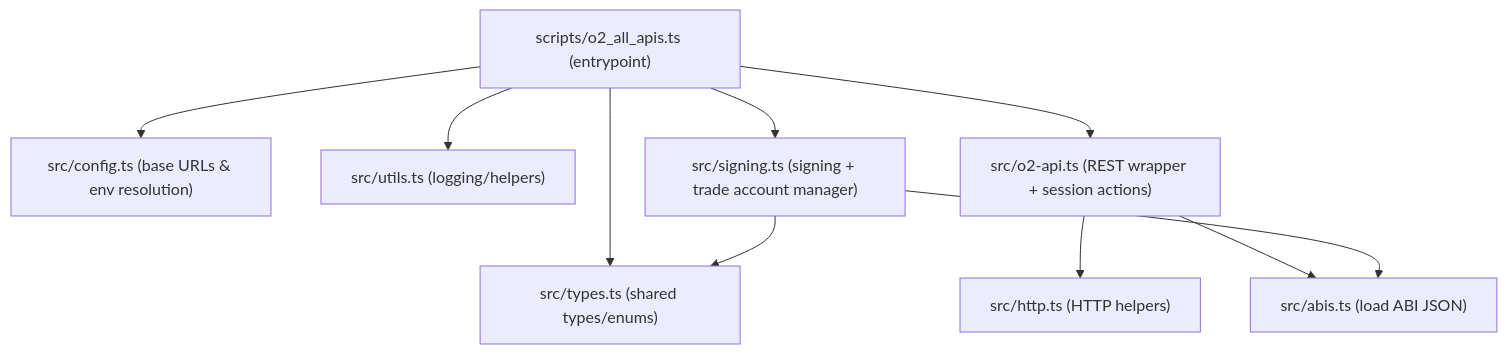
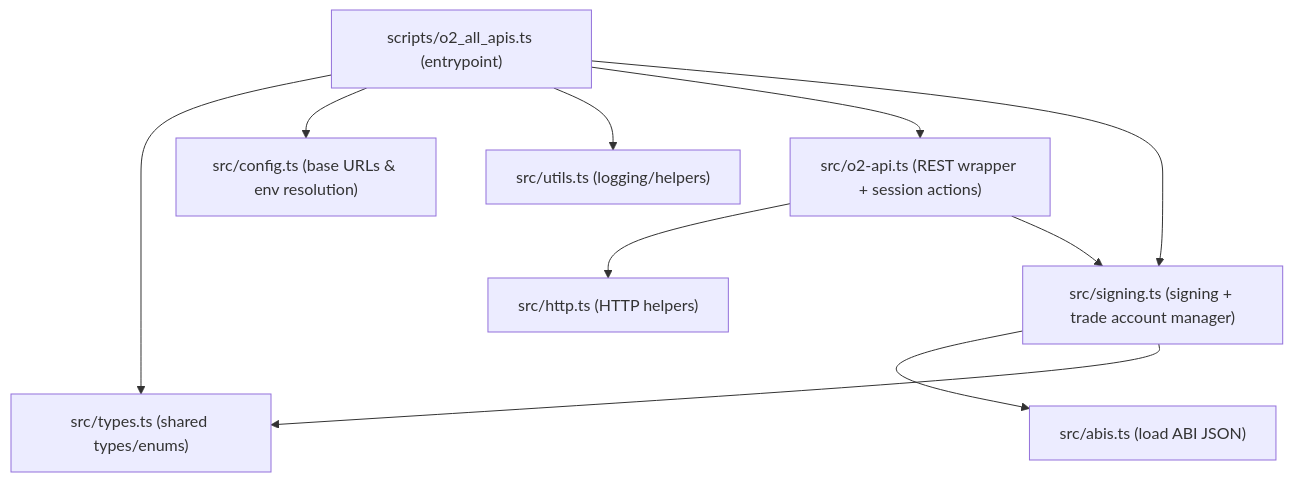
One commit to naz3eh/o2-api-examples changed the diagram in README.md. Above: the diagram before and after it, drawn with Mermaid. The commit also changed other lines of this file, not shown here.

````diff
--- a/README.md
+++ b/README.md
@@ -7,21 +7,21 @@
 ```mermaid
 graph TD
   Entry["scripts/o2_all_apis.ts (entrypoint)"]
   Types["src/types.ts (shared types/enums)"]
   Config["src/config.ts (base URLs & env resolution)"]
   Abis["src/abis.ts (load ABI JSON)"]
   Http["src/http.ts (HTTP helpers)"]
   Utils["src/utils.ts (logging/helpers)"]
   Signing["src/signing.ts (signing + trade account manager)"]
   Api["src/o2-api.ts (REST wrapper + session actions)"]
 
   Entry --> Types
   Entry --> Config
   Entry --> Utils
   Entry --> Api
   Entry --> Signing
   Api --> Http
-  Api --> Abis
+  Api --> Signing
   Signing --> Abis
   Signing --> Types
 ```
````
